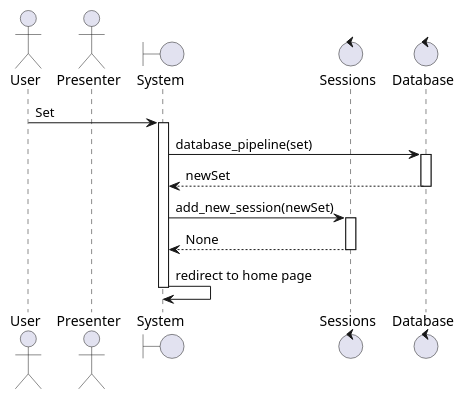
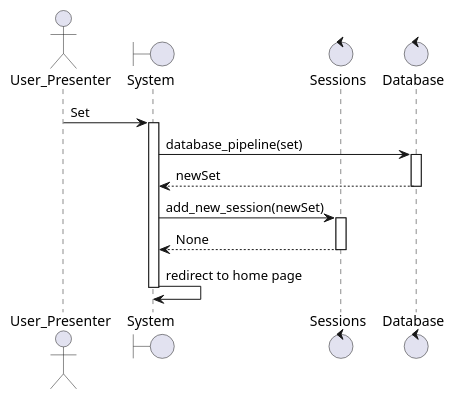
One commit to Jackson-Franke74/ITSC-3155-Final-Project changed the diagram in diagrams/sequences/createSet.puml. Above: the diagram before and after it, drawn with PlantUML. The commit also changed 7 other files, not shown here.

```diff
--- a/diagrams/sequences/createSet.puml
+++ b/diagrams/sequences/createSet.puml
@@ -1,19 +1,18 @@
 @startuml createSet
-actor User
-actor Presenter
+actor User_Presenter
 boundary "System" as system
 control "Sessions" as sessions
 control "Database" as db
-User -> system: Set
+User_Presenter -> system: Set
 activate system
 system -> db: database_pipeline(set)
 activate db
 db --> system: newSet
 deactivate db
 system -> sessions: add_new_session(newSet)
 activate sessions
 sessions --> system: None
 deactivate sessions
 system -> system: redirect to home page
 deactivate system
 @enduml
```
